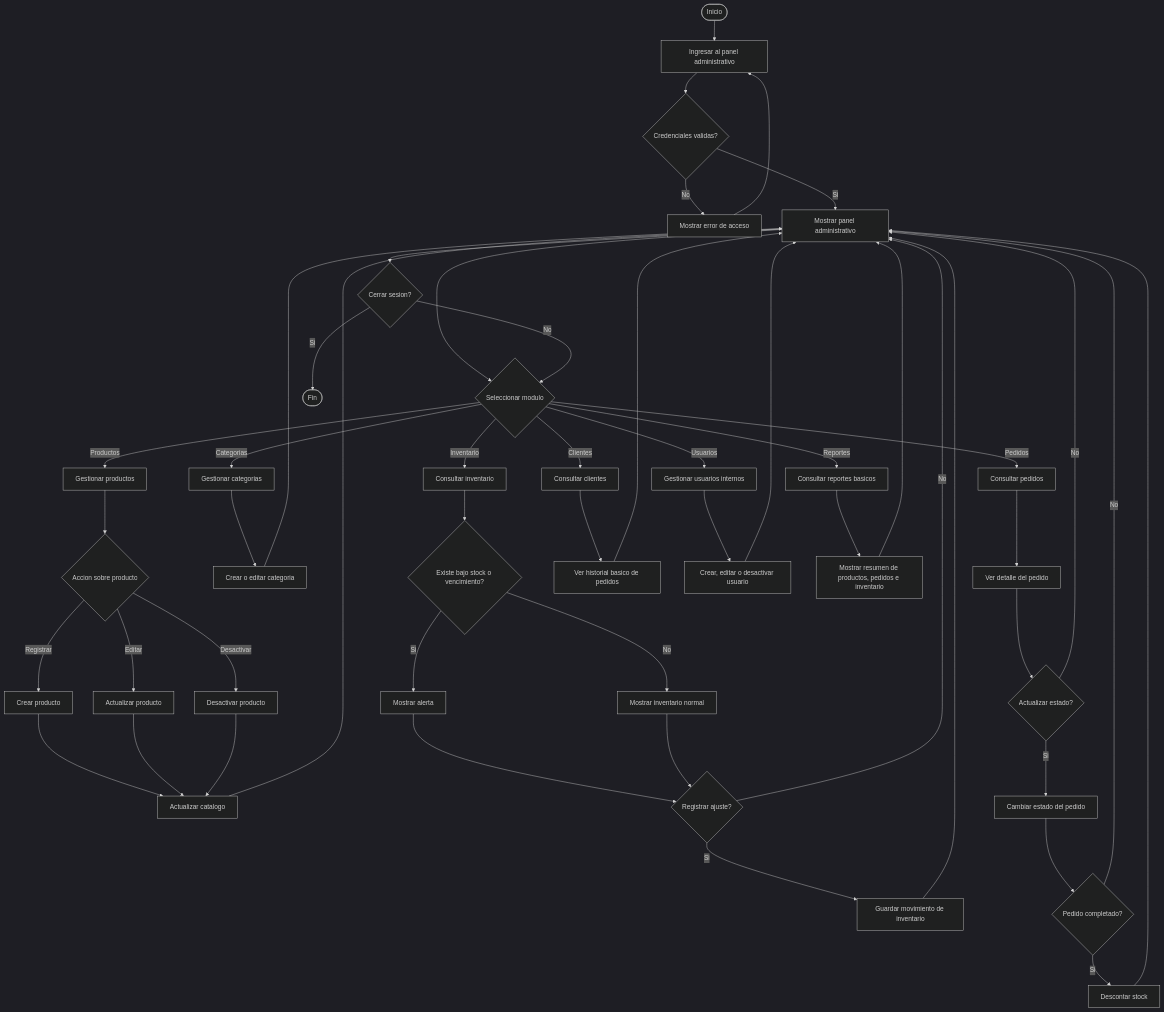
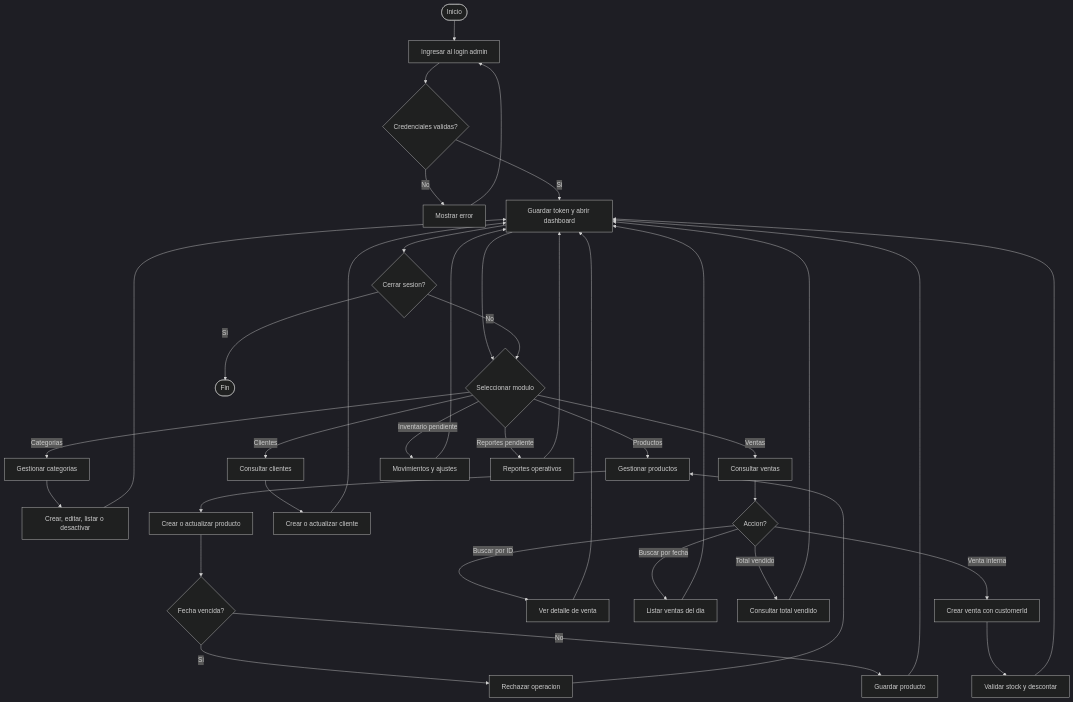
Before and after one commit to kleyderBackend/farmagest-vital: the diagram in docs/Diagrama-flujo-admin.md, drawn with Mermaid (dark theme). The commit also changed other lines of this file and 21 other files, not shown here.

````diff
--- a/docs/Diagrama-flujo-admin.md
+++ b/docs/Diagrama-flujo-admin.md
@@ -13,61 +11,47 @@
 ```mermaid
 flowchart TD
-    A([Inicio]) --> B[Ingresar al panel administrativo]
+    A([Inicio]) --> B[Ingresar al login admin]
     B --> C{Credenciales validas?}
-
-    C -->|No| D[Mostrar error de acceso]
+    C -->|No| D[Mostrar error]
     D --> B
-
-    C -->|Si| E[Mostrar panel administrativo]
+    C -->|Si| E[Guardar token y abrir dashboard]
     E --> F{Seleccionar modulo}
 
-    F -->|Productos| G[Gestionar productos]
-    G --> G1{Accion sobre producto}
-    G1 -->|Registrar| G2[Crear producto]
-    G1 -->|Editar| G3[Actualizar producto]
-    G1 -->|Desactivar| G4[Desactivar producto]
-    G2 --> H[Actualizar catalogo]
-    G3 --> H
-    G4 --> H
-    H --> E
+    F -->|Categorias| G[Gestionar categorias]
+    G --> G1[Crear, editar, listar o desactivar]
+    G1 --> E
 
-    F -->|Categorias| I[Gestionar categorias]
-    I --> I1[Crear o editar categoria]
+    F -->|Productos| H[Gestionar productos]
+    H --> H1[Crear o actualizar producto]
+    H1 --> H2{Fecha vencida?}
+    H2 -->|Si| H3[Rechazar operacion]
+    H2 -->|No| H4[Guardar producto]
+    H3 --> H
+    H4 --> E
+
+    F -->|Clientes| I[Consultar clientes]
+    I --> I1[Crear o actualizar cliente]
     I1 --> E
 
-    F -->|Inventario| J[Consultar inventario]
-    J --> J1{Existe bajo stock o vencimiento?}
-    J1 -->|Si| J2[Mostrar alerta]
-    J1 -->|No| J3[Mostrar inventario normal]
-    J2 --> J4{Registrar ajuste?}
-    J3 --> J4
-    J4 -->|Si| J5[Guardar movimiento de inventario]
-    J4 -->|No| E
-    J5 --> E
+    F -->|Ventas| J[Consultar ventas]
+    J --> J1{Accion?}
+    J1 -->|Buscar por ID| J2[Ver detalle de venta]
+    J1 -->|Buscar por fecha| J3[Listar ventas del dia]
+    J1 -->|Total vendido| J4[Consultar total vendido]
+    J1 -->|Venta interna| J5[Crear venta con customerId]
+    J2 --> E
+    J3 --> E
+    J4 --> E
+    J5 --> J6[Validar stock y descontar]
+    J6 --> E
 
-    F -->|Pedidos| K[Consultar pedidos]
-    K --> K1[Ver detalle del pedido]
-    K1 --> K2{Actualizar estado?}
-    K2 -->|Si| K3[Cambiar estado del pedido]
-    K2 -->|No| E
-    K3 --> K4{Pedido completado?}
-    K4 -->|Si| K5[Descontar stock]
-    K4 -->|No| E
-    K5 --> E
+    F -->|Inventario pendiente| K[Movimientos y ajustes]
+    K --> E
 
-    F -->|Clientes| L[Consultar clientes]
-    L --> L1[Ver historial basico de pedidos]
-    L1 --> E
+    F -->|Reportes pendiente| L[Reportes operativos]
+    L --> E
 
-    F -->|Usuarios| M[Gestionar usuarios internos]
-    M --> M1[Crear, editar o desactivar usuario]
-    M1 --> E
-
-    F -->|Reportes| N[Consultar reportes basicos]
-    N --> N1[Mostrar resumen de productos, pedidos e inventario]
-    N1 --> E
-
-    E --> O{Cerrar sesion?}
-    O -->|No| F
-    O -->|Si| P([Fin])
+    E --> M{Cerrar sesion?}
+    M -->|No| F
+    M -->|Si| N([Fin])
 ```
````
